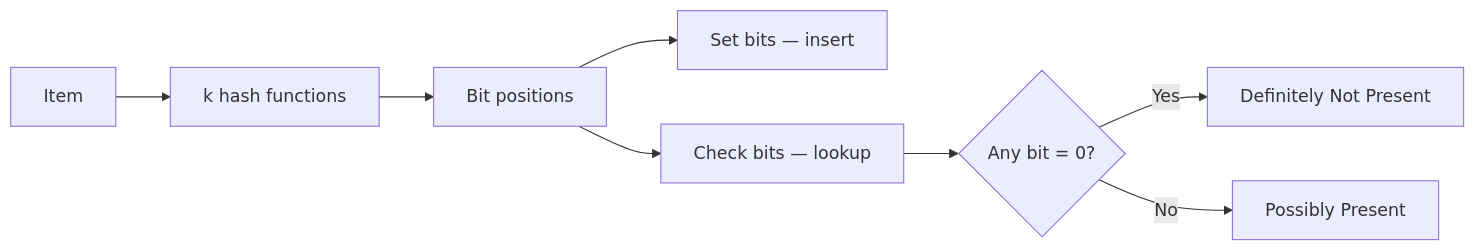
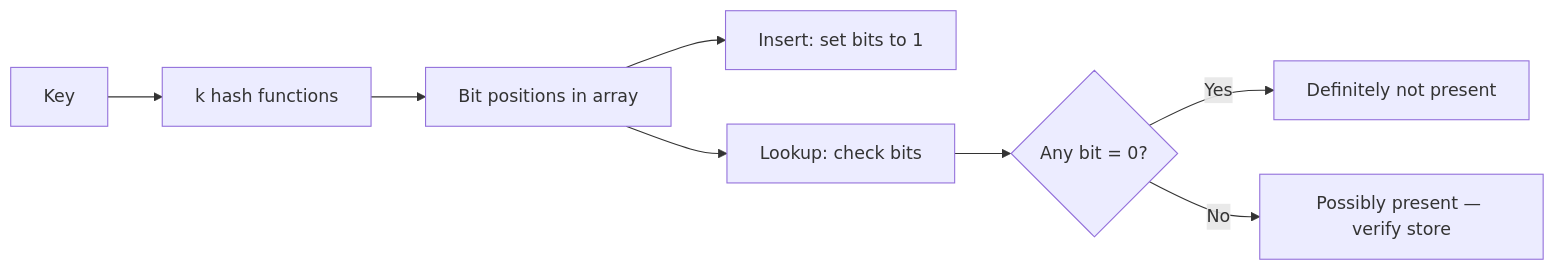
Before and after one commit to hareramcse/SystemDesign: the first of 18 diagrams in 13-advanced-topics/README.md, drawn with Mermaid. The commit also changed other lines of this file, not shown here.

````diff
--- a/13-advanced-topics/README.md
+++ b/13-advanced-topics/README.md
@@ -146,10 +127,10 @@
 ```mermaid
 flowchart LR
-    Item[Item] --> Hash[k hash functions]
-    Hash --> Bits[Bit positions]
-    Bits --> Insert[Set bits — insert]
-    Bits --> Check[Check bits — lookup]
+    Item[Key] --> Hash[k hash functions]
+    Hash --> Bits[Bit positions in array]
+    Bits --> Insert[Insert: set bits to 1]
+    Bits --> Check[Lookup: check bits]
     Check --> Any0{Any bit = 0?}
-    Any0 -->|Yes| DefNot[Definitely Not Present]
-    Any0 -->|No| Maybe[Possibly Present]
+    Any0 -->|Yes| DefNot[Definitely not present]
+    Any0 -->|No| Maybe[Possibly present — verify store]
 ```
````
